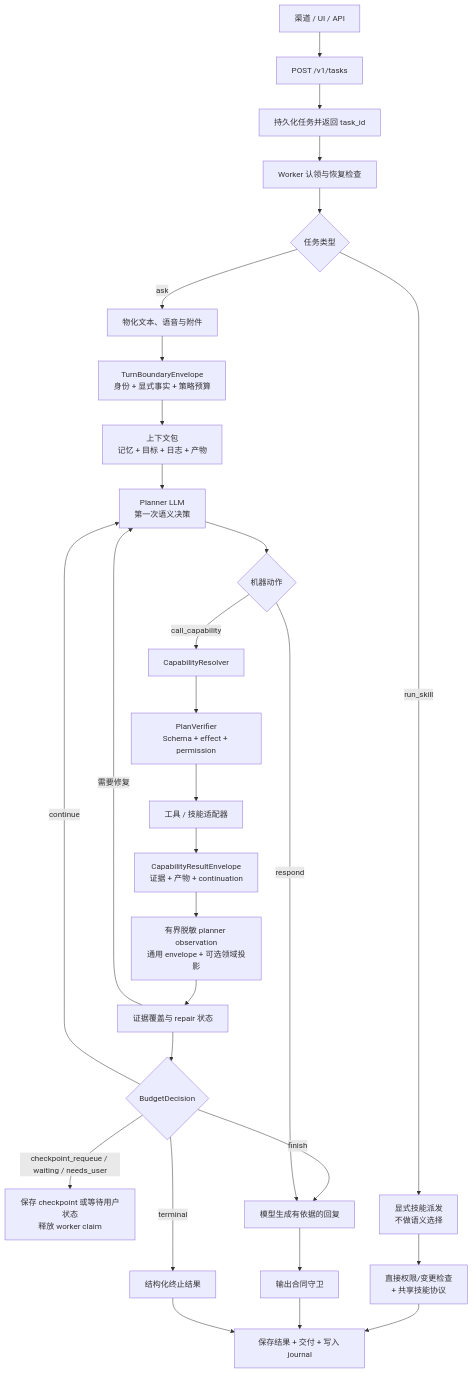
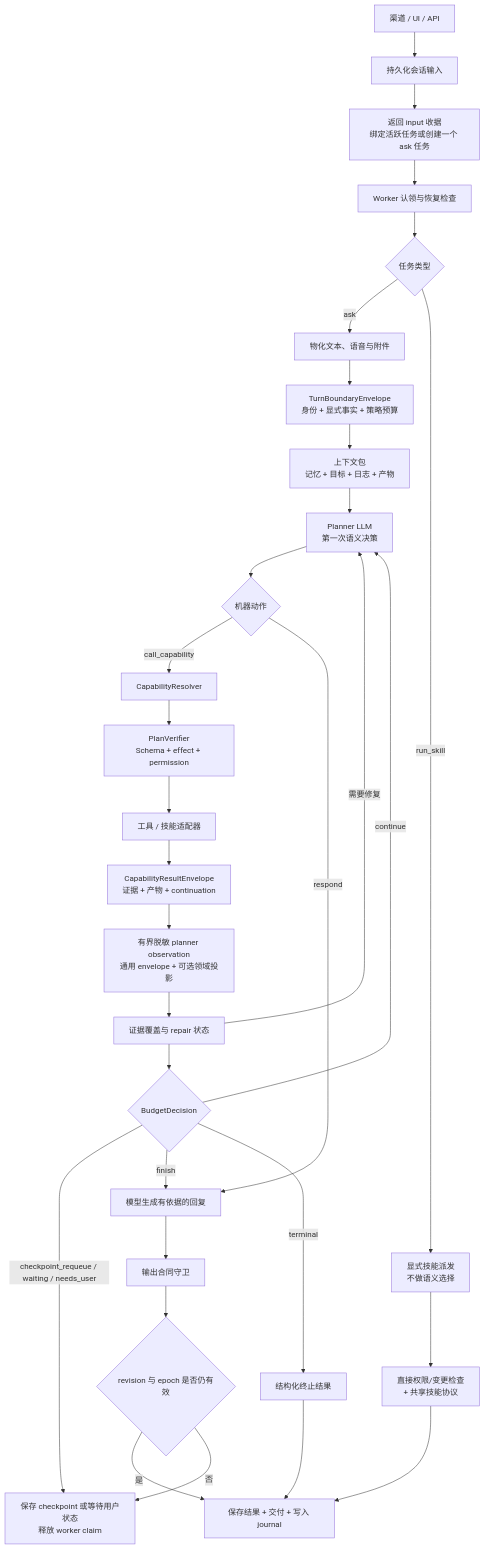
The diagram in docs/architecture/01-agent-loop.zh-CN.md (MatrixCoreX/RustClaw), drawn with Mermaid before and after one commit. The commit also changed other lines of this file and 303 other files, not shown here.

````diff
--- a/docs/architecture/01-agent-loop.zh-CN.md
+++ b/docs/architecture/01-agent-loop.zh-CN.md
@@ -13,31 +13,33 @@
 ```mermaid
 flowchart TD
-    A[渠道 / UI / API] --> B[POST /v1/tasks]
-    B --> C[持久化任务并返回 task_id]
+    A[渠道 / UI / API] --> B[持久化会话输入]
+    B --> C[返回 input 收据<br/>绑定活跃任务或创建一个 ask 任务]
     C --> D[Worker 认领与恢复检查]
     D --> E{任务类型}
     E -->|ask| F[物化文本、语音与附件]
     F --> G[TurnBoundaryEnvelope<br/>身份 + 显式事实 + 策略预算]
     G --> H[上下文包<br/>记忆 + 目标 + 日志 + 产物]
     H --> I[Planner LLM<br/>第一次语义决策]
     I --> J{机器动作}
     J -->|call_capability| K[CapabilityResolver]
     K --> L[PlanVerifier<br/>Schema + effect + permission]
     L --> M[工具 / 技能适配器]
     M --> N[CapabilityResultEnvelope<br/>证据 + 产物 + continuation]
     N --> NX[有界脱敏 planner observation<br/>通用 envelope + 可选领域投影]
     NX --> O[证据覆盖与 repair 状态]
     O -->|需要修复| I
     O --> P{BudgetDecision}
     P -->|continue| I
     P -->|checkpoint_requeue / waiting / needs_user| U[保存 checkpoint 或等待用户状态<br/>释放 worker claim]
     P -->|finish| Q[模型生成有依据的回复]
     P -->|terminal| V[结构化终止结果]
     J -->|respond| Q
     E -->|run_skill| R[显式技能派发<br/>不做语义选择]
     R --> W[直接权限/变更检查<br/>+ 共享技能协议]
     W --> T
     Q --> S[输出合同守卫]
-    S --> T[保存结果 + 交付 + 写入 journal]
+    S --> TT{revision 与 epoch 是否仍有效}
+    TT -->|是| T[保存结果 + 交付 + 写入 journal]
+    TT -->|否| U
     V --> T
 ```
````
